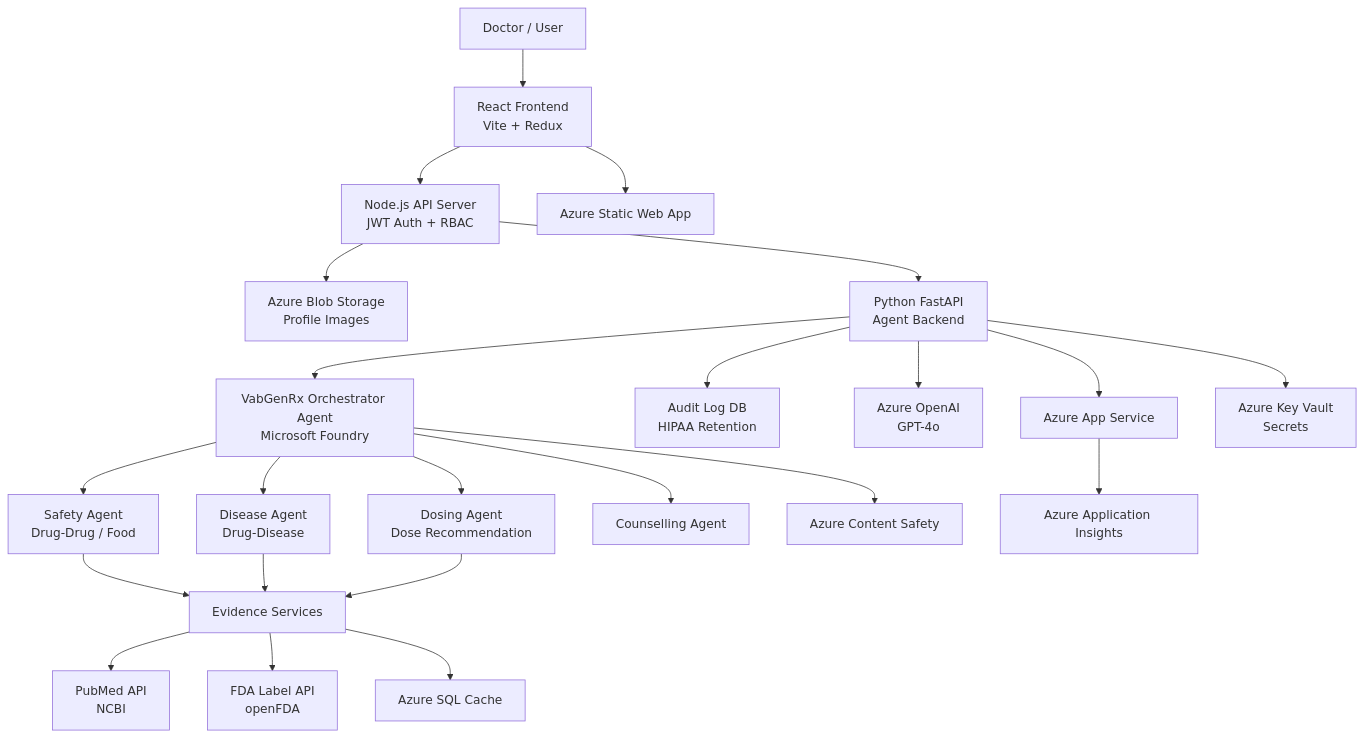
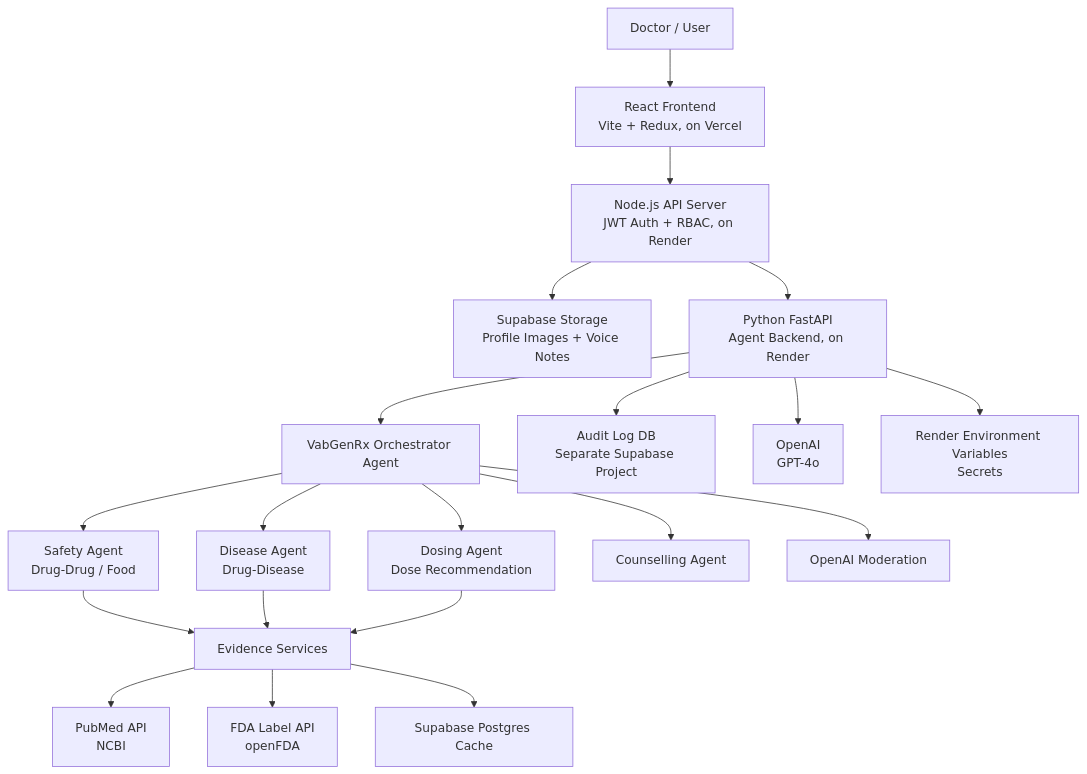
One commit to Aadarsh-Praveen/VabGen-Rx changed the first of 4 diagrams in README.md. Above: the diagram before and after it, drawn with Mermaid. The commit also changed other lines of this file and 53 other files, not shown here.

First line of the commit message:
Migrate platform from Azure to Supabase + Render + Vercel + OpenAI

````diff
--- a/README.md
+++ b/README.md
@@ -112,25 +111,22 @@
 ```mermaid
 flowchart TD
-    A[Doctor / User] --> B[React Frontend\nVite + Redux]
-    B --> C[Node.js API Server\nJWT Auth + RBAC]
-    C --> D[Azure Blob Storage\nProfile Images]
-    C --> E[Python FastAPI\nAgent Backend]
-    E --> F[VabGenRx Orchestrator Agent\nMicrosoft Foundry]
-    E --> G[Audit Log DB\nHIPAA Retention]
-    E --> H[Azure OpenAI\nGPT-4o]
-    E --> I[Azure App Service]
+    A[Doctor / User] --> B[React Frontend\nVite + Redux, on Vercel]
+    B --> C[Node.js API Server\nJWT Auth + RBAC, on Render]
+    C --> D[Supabase Storage\nProfile Images + Voice Notes]
+    C --> E[Python FastAPI\nAgent Backend, on Render]
+    E --> F[VabGenRx Orchestrator Agent]
+    E --> G[Audit Log DB\nSeparate Supabase Project]
+    E --> H[OpenAI\nGPT-4o]
     F --> J[Safety Agent\nDrug-Drug / Food]
     F --> K[Disease Agent\nDrug-Disease]
     F --> L[Dosing Agent\nDose Recommendation]
     F --> M[Counselling Agent]
-    F --> N[Azure Content Safety]
+    F --> N[OpenAI Moderation]
     J --> O[Evidence Services]
     K --> O
     L --> O
     O --> P[PubMed API\nNCBI]
     O --> Q[FDA Label API\nopenFDA]
-    O --> R[Azure SQL Cache]
-    I --> S[Azure Application Insights]
-    E --> T[Azure Key Vault\nSecrets]
-    B --> U[Azure Static Web App]
+    O --> R[Supabase Postgres Cache]
+    E --> T[Render Environment Variables\nSecrets]
 ```
````
